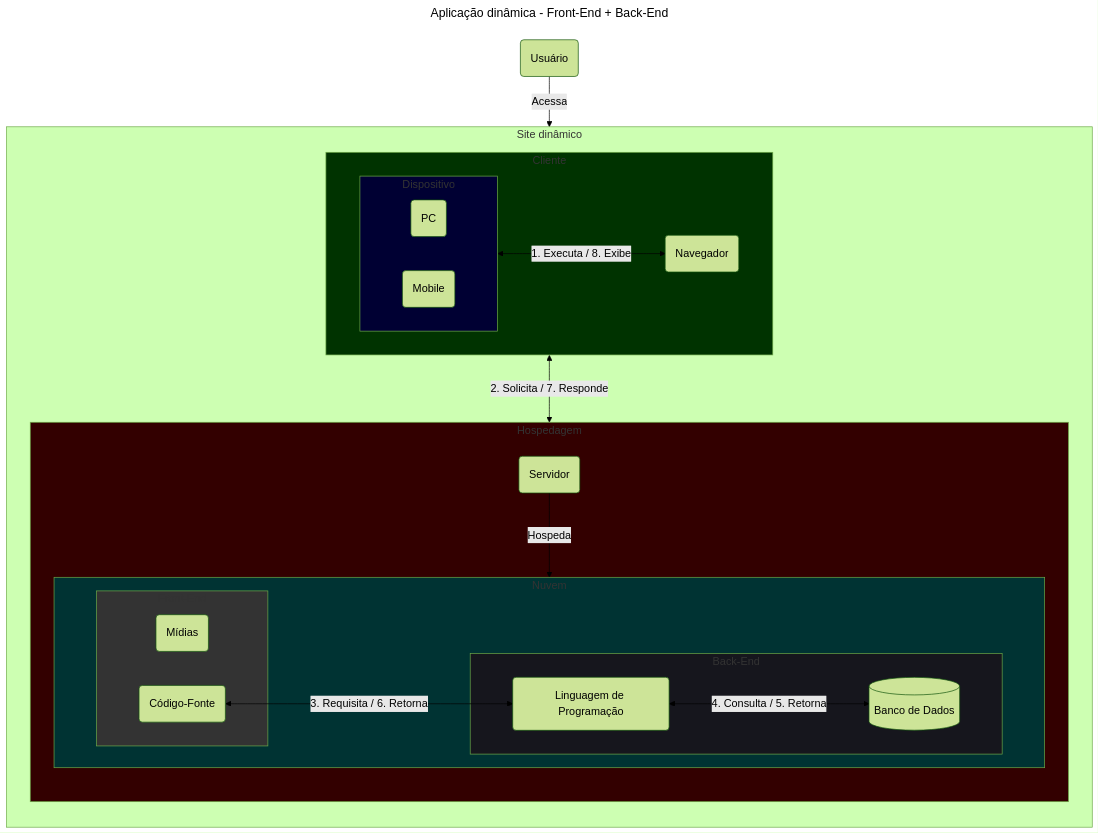
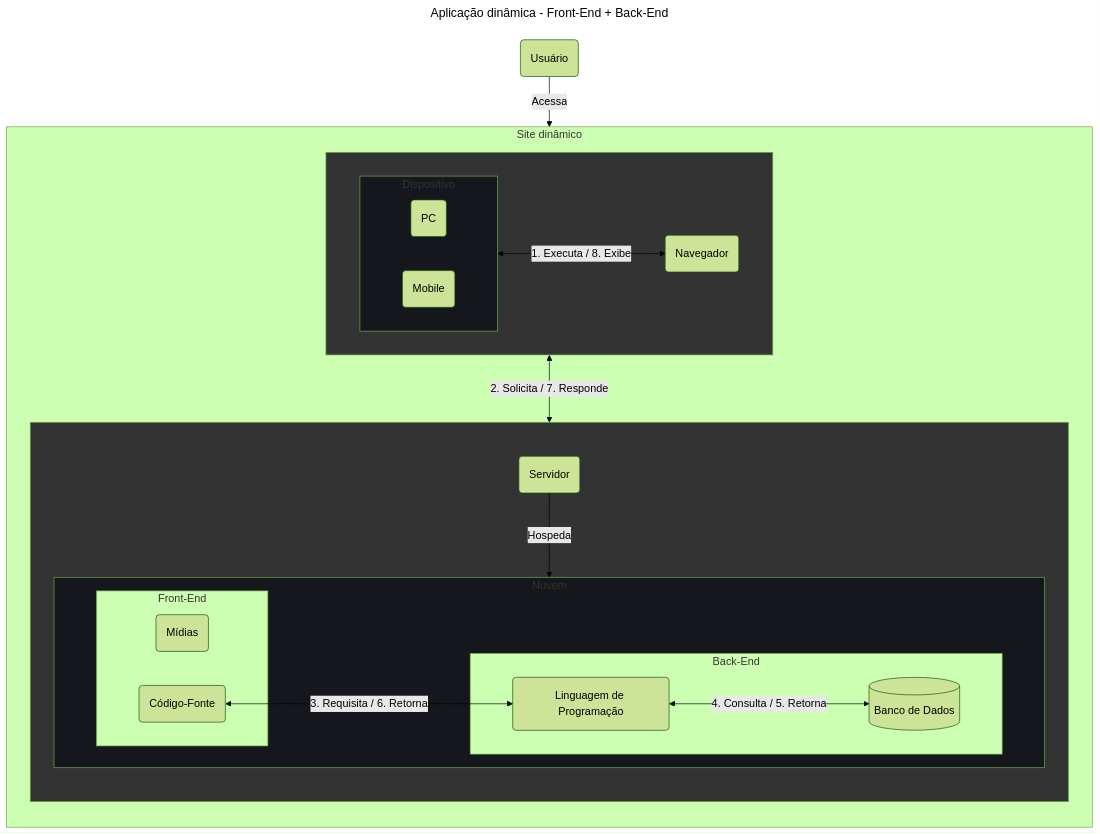
The second of 4 diagrams in README.md (dev-alexmachado/guia_rapido_aplicacoes_web), drawn with Mermaid (forest theme) before and after one commit. The commit also changed other lines of this file, not shown here.

Commit message:
Add: novo diagrama, mvt

```diff
--- a/README.md
+++ b/README.md
@@ -107,56 +108,54 @@
 ~~~mermaid
 ---
 title: Aplicação dinâmica - Front-End + Back-End
 ---
 graph TD
     Usuário(Usuário)
 
     subgraph Sistema [Site dinâmico]
         direction TD
 
         subgraph Hospedagem
             direction TD
 
             Servidor(Servidor)
 
             subgraph Nuvem
             direction LR
 
                 subgraph Back-End
                     Linguagem(Linguagem de Programação)
                     BD[(Banco de Dados)]
                 end
 
                 subgraph Front-End
                     Mídia(Mídias)
                     Código-Fonte(Código-Fonte)
                 end
             end
         end
 
         subgraph Cliente
             direction LR
 
             Navegador(Navegador)
 
             subgraph Dispositivo
                 PC(PC)
                 Mobile(Mobile)
             end
         end
     end
 
     Usuário -- Acessa --> Sistema
     Dispositivo <-- 1. Executa / 8. Exibe --> Navegador
     Cliente <-- 2. Solicita / 7. Responde --> Hospedagem
     Código-Fonte <-- 3. Requisita / 6. Retorna --> Linguagem
     Linguagem <-- 4. Consulta / 5. Retorna --> BD
     Servidor -- Hospeda --> Nuvem
 
-    style Cliente fill: #030
-    style Dispositivo fill: #003
-    style Hospedagem fill: #300
-    style Nuvem fill: #033
-    style Front-End fill: #333
-    style Back-End fill: #16161d
+    style Cliente fill: #333
+    style Hospedagem fill: #333
+    style Dispositivo fill: #16161d
+    style Nuvem fill: #16161d
 ~~~
```
